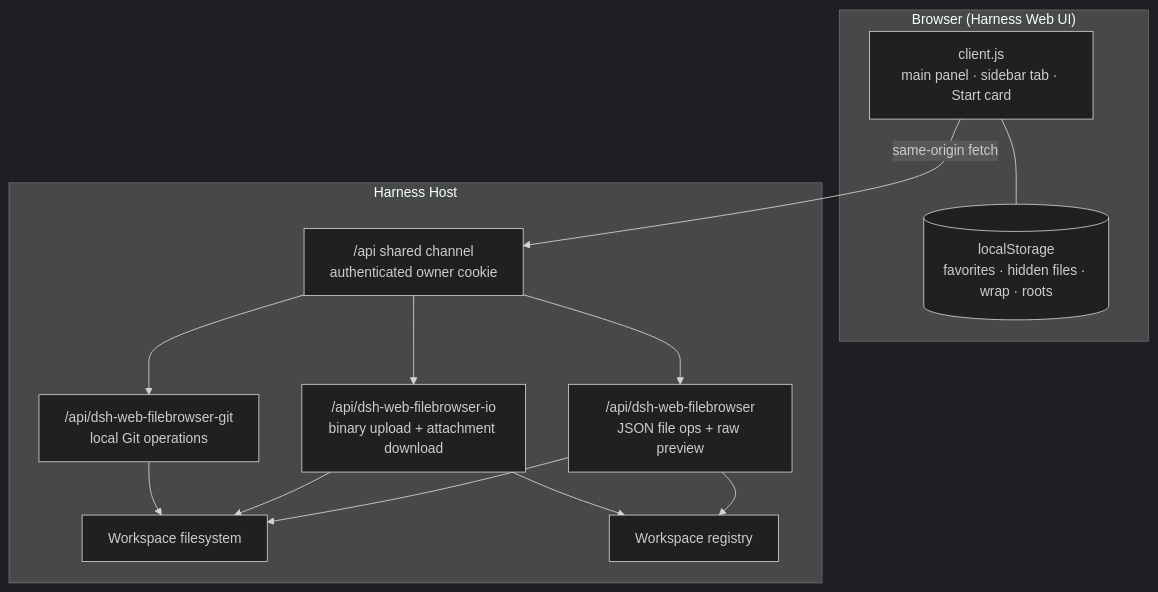
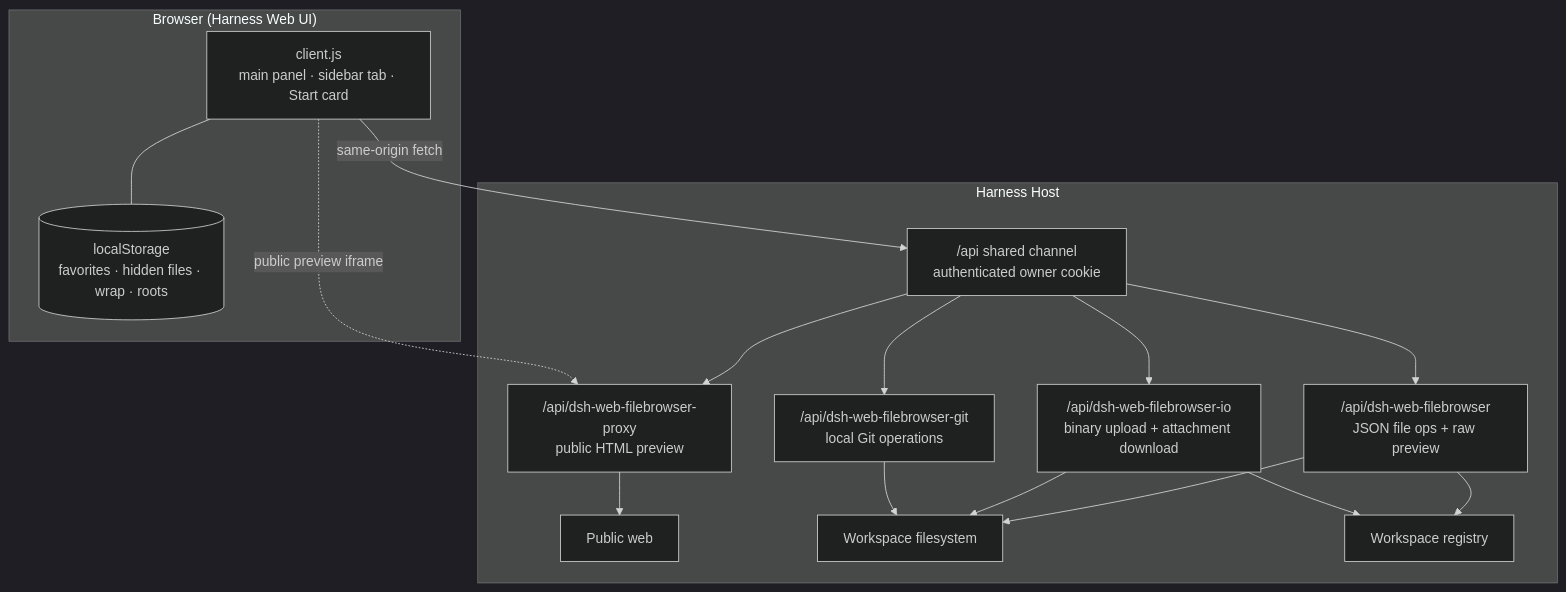
One commit to taskkill/dsh-web-dev-workspace changed the diagram in README.md. Above: the diagram before and after it, drawn with Mermaid (dark theme). The commit also changed other lines of this file and 8 other files, not shown here.

````diff
--- a/README.md
+++ b/README.md
@@ -373,27 +407,32 @@
 ```mermaid
 flowchart TB
   subgraph Browser["Browser (Harness Web UI)"]
     UI["client.js<br/>main panel · sidebar tab · Start card"]
     LS[("localStorage<br/>favorites · hidden files · wrap · roots")]
     UI --- LS
   end
 
   subgraph Host["Harness Host"]
     API["/api shared channel<br/>authenticated owner cookie"]
     MAIN["/api/dsh-web-filebrowser<br/>JSON file ops + raw preview"]
     IO["/api/dsh-web-filebrowser-io<br/>binary upload + attachment download"]
     GIT["/api/dsh-web-filebrowser-git<br/>local Git operations"]
+    PROXY["/api/dsh-web-filebrowser-proxy<br/>public HTML preview"]
+    NET["Public web"]
     FS["Workspace filesystem"]
     REG["Workspace registry"]
     API --> MAIN
     API --> IO
     API --> GIT
+    API --> PROXY
+    PROXY --> NET
     MAIN --> FS
     IO --> FS
     GIT --> FS
     MAIN --> REG
     IO --> REG
   end
 
   UI -- "same-origin fetch" --> API
+  UI -. "public preview iframe" .-> PROXY
 ```
````
